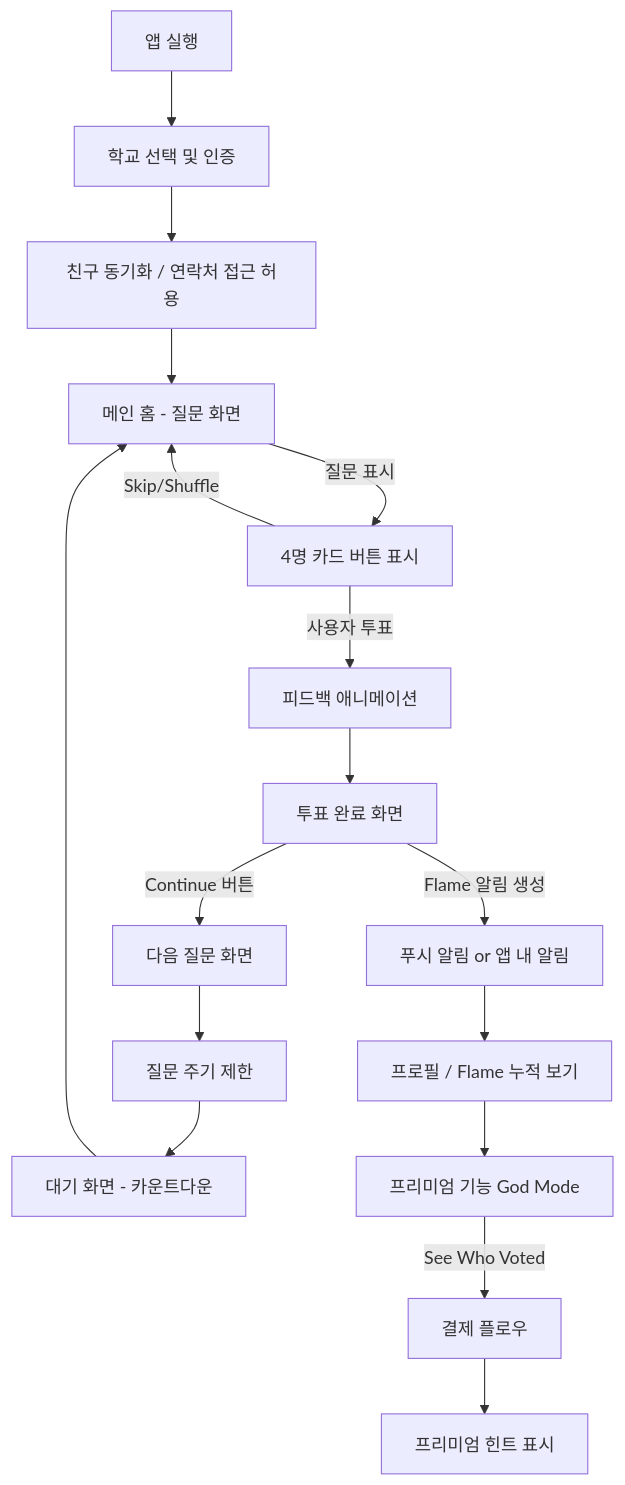
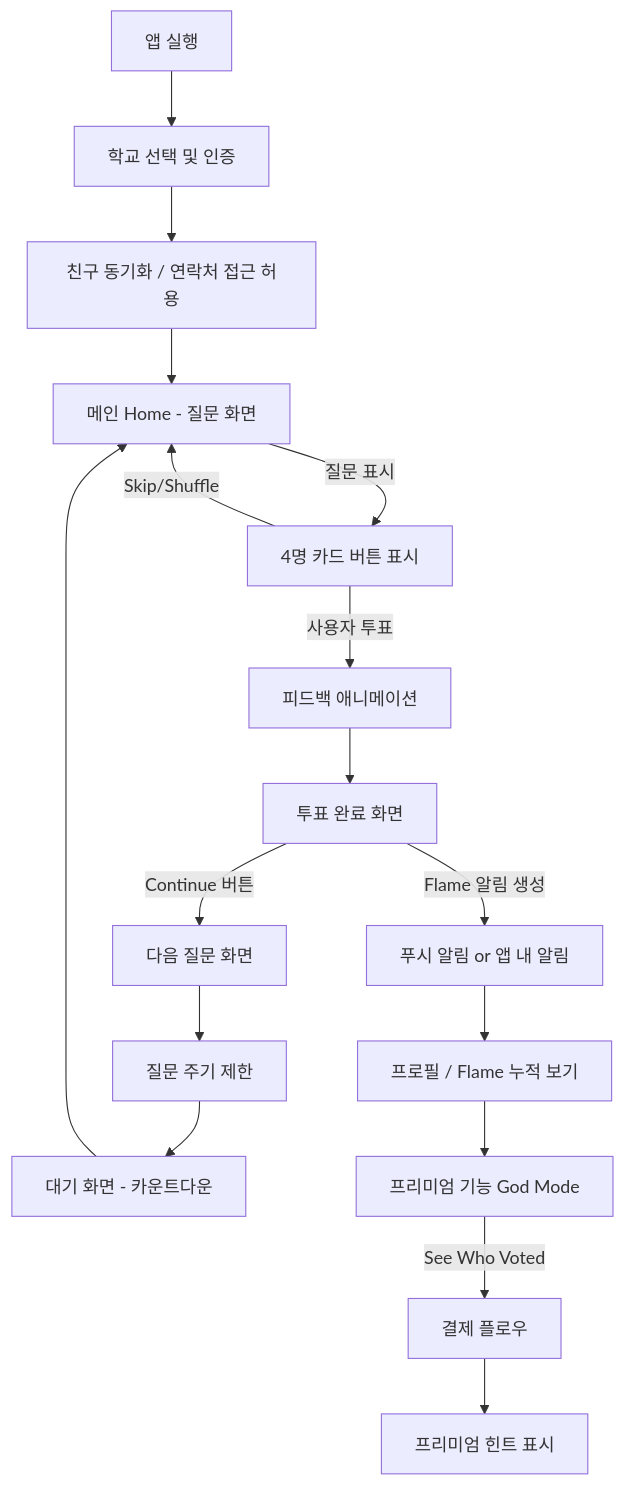
Before and after one commit to frontdoorrr/circlyapp: the diagram in prd/research/gas-app-analysis.md, drawn with Mermaid. The commit also changed other lines of this file and 29 other files, not shown here.

````diff
--- a/prd/research/gas-app-analysis.md
+++ b/prd/research/gas-app-analysis.md
@@ -198,23 +198,23 @@
 ```mermaid
 flowchart TD
     A[앱 실행] --> B[학교 선택 및 인증]
     B --> C[친구 동기화 / 연락처 접근 허용]
-    C --> D[메인 홈 - 질문 화면]
+    C --> D[메인 Home - 질문 화면]
 
     D -->|질문 표시| E[4명 카드 버튼 표시]
     E -->|사용자 투표| F[피드백 애니메이션]
     E -->|Skip/Shuffle| D
 
     F --> G[투표 완료 화면]
     G -->|Flame 알림 생성| H[푸시 알림 or 앱 내 알림]
     G -->|Continue 버튼| D2[다음 질문 화면]
 
     D2 --> I[질문 주기 제한]
     I --> J[대기 화면 - 카운트다운]
     J --> D
 
     H --> K[프로필 / Flame 누적 보기]
     K --> L[프리미엄 기능 God Mode]
     L -->|See Who Voted| M[결제 플로우]
     M --> L2[프리미엄 힌트 표시]
 ```
````
